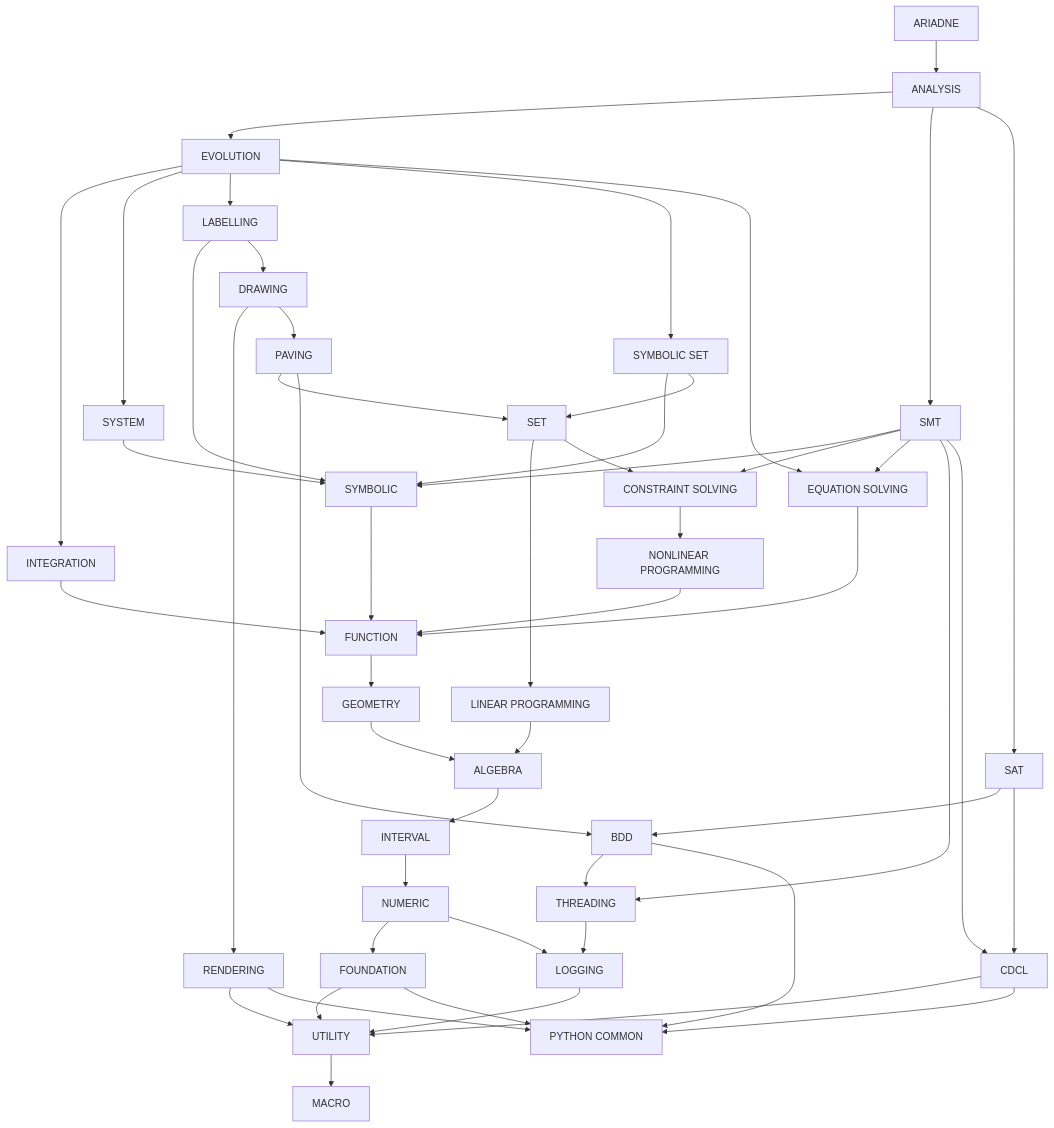
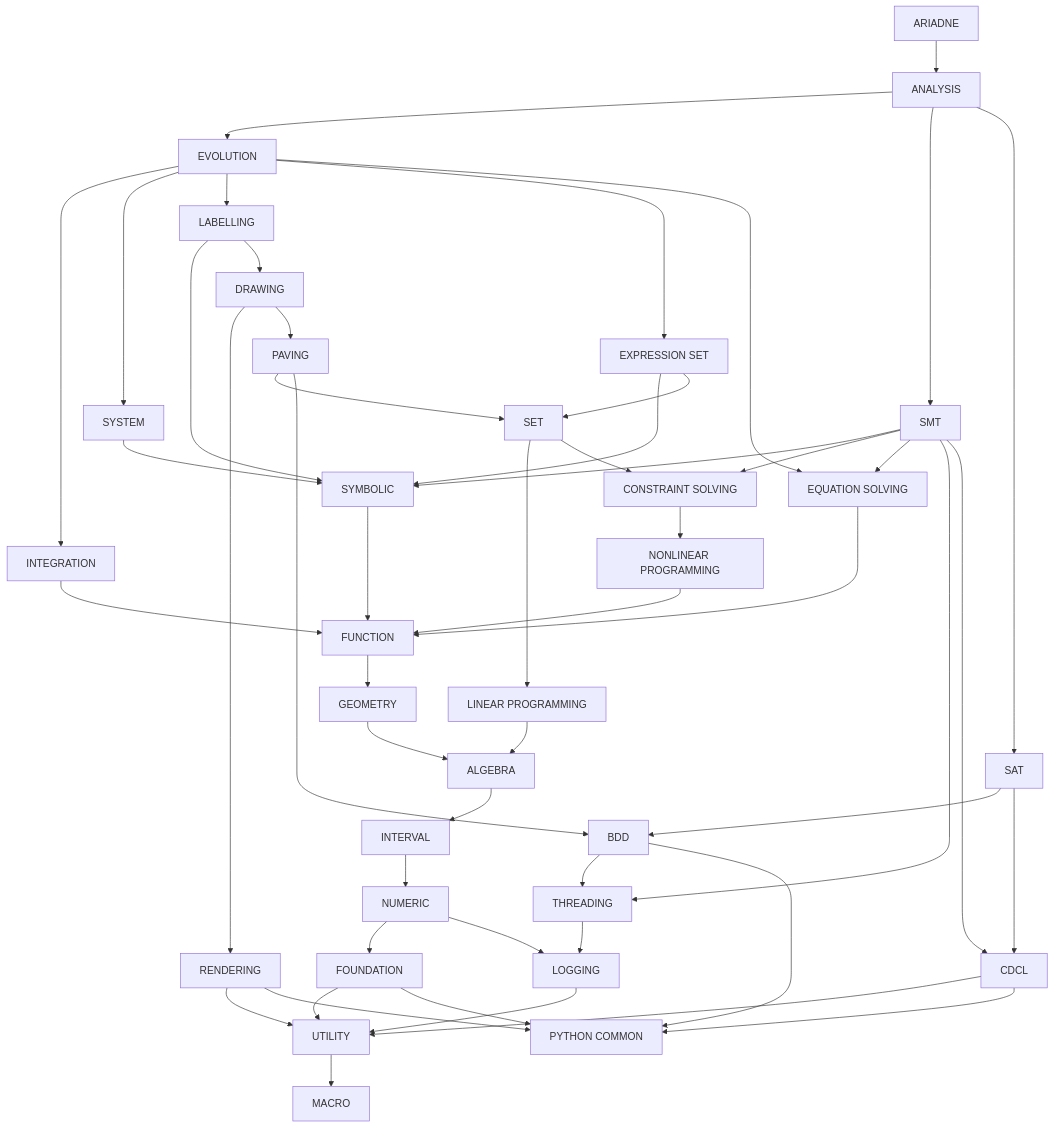
One commit to ariadne-cps/ariadne changed the diagram in doc/decoupling/structure.md. Above: the diagram before and after it, drawn with Mermaid. The commit also changed other lines of this file, not shown here.

Commit message:
docs(decoupling): rename symbolic-set to expression-set in dependency structure

```diff
--- a/doc/decoupling/structure.md
+++ b/doc/decoupling/structure.md
@@ -11,7 +11,7 @@
     system["SYSTEM"]
     labelling["LABELLING"]
     drawing["DRAWING"]
-    symbolic_set["SYMBOLIC SET"]
+    expression_set["EXPRESSION SET"]
     paving["PAVING"]
     set["SET"]
     smt["SMT"]
@@ -43,7 +43,7 @@
     evolution --> integration
     evolution --> system
     evolution --> labelling
-    evolution --> symbolic_set
+    evolution --> expression_set
     evolution --> equation_solving
     integration --> function
     system --> symbolic
@@ -51,8 +51,8 @@
     labelling --> drawing
     drawing --> rendering
     drawing --> paving
-    symbolic_set --> symbolic
-    symbolic_set --> set
+    expression_set --> symbolic
+    expression_set --> set
     paving --> set
     paving --> bdd
     set --> linear_programming
```
